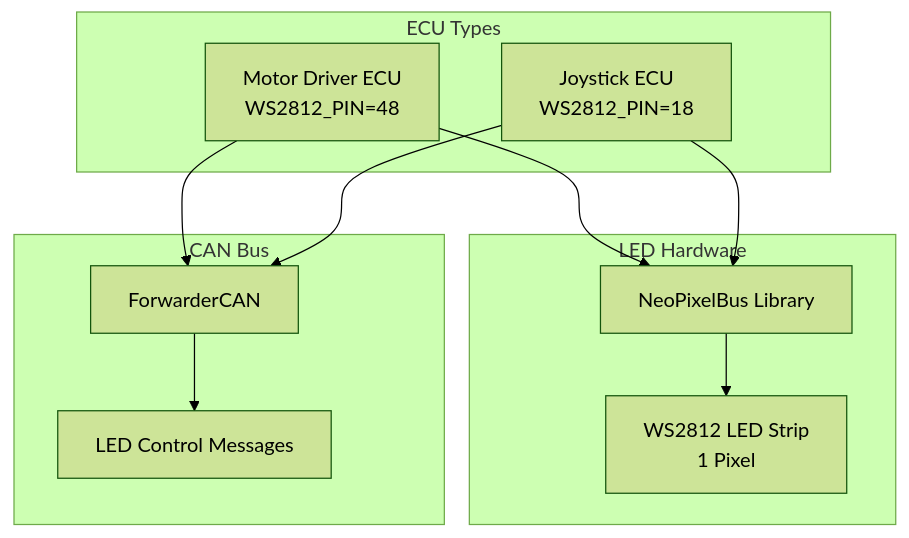
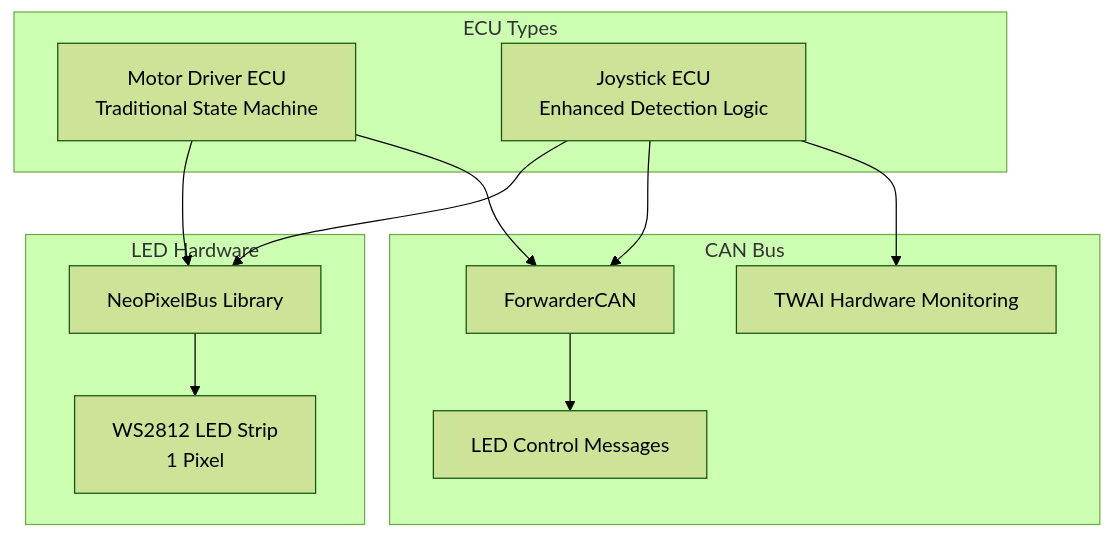
Before and after one commit to gunicsba/ESP_CAN_ECU_joystick_collection: the first of 4 diagrams in .qoder/repowiki/en/content/ECU Implementations/Motor Driver ECU/LED Status Indicator System.md, drawn with Mermaid (forest theme). The commit also changed other lines of this file and 8 other files, not shown here.

````diff
--- a/.qoder/repowiki/en/content/ECU Implementations/Motor Driver ECU/LED Status Indicator System.md
+++ b/.qoder/repowiki/en/content/ECU Implementations/Motor Driver ECU/LED Status Indicator System.md
@@ -37,21 +45,23 @@
 ```mermaid
 graph TB
 subgraph "ECU Types"
-MD["Motor Driver ECU<br/>WS2812_PIN=48"]
-JS["Joystick ECU<br/>WS2812_PIN=18"]
+MD["Motor Driver ECU<br/>Traditional State Machine"]
+JS["Joystick ECU<br/>Enhanced Detection Logic"]
 end
 subgraph "LED Hardware"
 NP["NeoPixelBus Library"]
 WS["WS2812 LED Strip<br/>1 Pixel"]
 end
 subgraph "CAN Bus"
 FC["ForwarderCAN"]
 MSG["LED Control Messages"]
+TWAI["TWAI Hardware Monitoring"]
 end
 MD --> NP
 JS --> NP
 NP --> WS
 MD --> FC
 JS --> FC
 FC --> MSG
+JS --> TWAI
 ```
````
